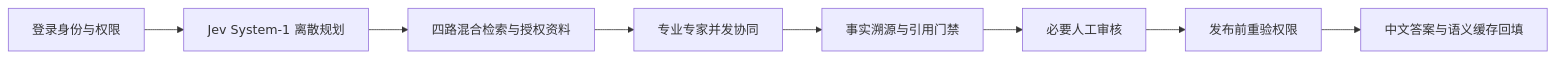
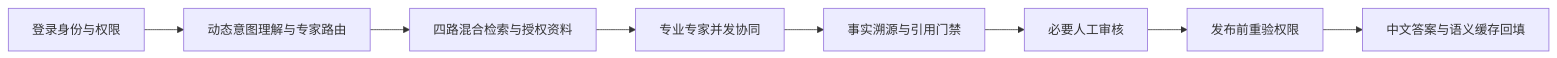
One commit to SenpeWang/TaoZhi-EcomAgent changed the third of 3 diagrams in README.md. Above: the diagram before and after it, drawn with Mermaid. The commit also changed other lines of this file and 194 other files, not shown here.

First line of the commit message:
refactor(architecture): 彻底重构多领域架构与真自治多智能体系统

````diff
--- a/README.md
+++ b/README.md
@@ -131,10 +131,10 @@
 ```mermaid
 flowchart LR
-  A[登录身份与权限] --> B[Jev System-1 离散规划]
+  A[登录身份与权限] --> B[动态意图理解与专家路由]
   B --> C[四路混合检索与授权资料]
   C --> D[专业专家并发协同]
   D --> E[事实溯源与引用门禁]
   E --> F[必要人工审核]
   F --> G[发布前重验权限]
   G --> H[中文答案与语义缓存回填]
 ```
````
